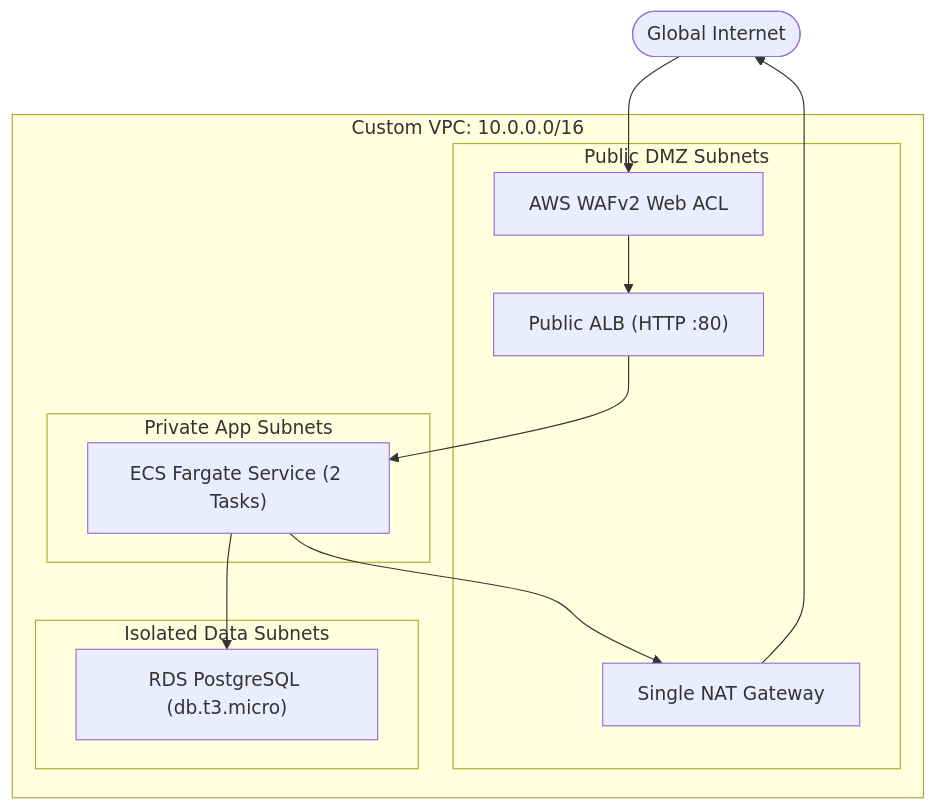
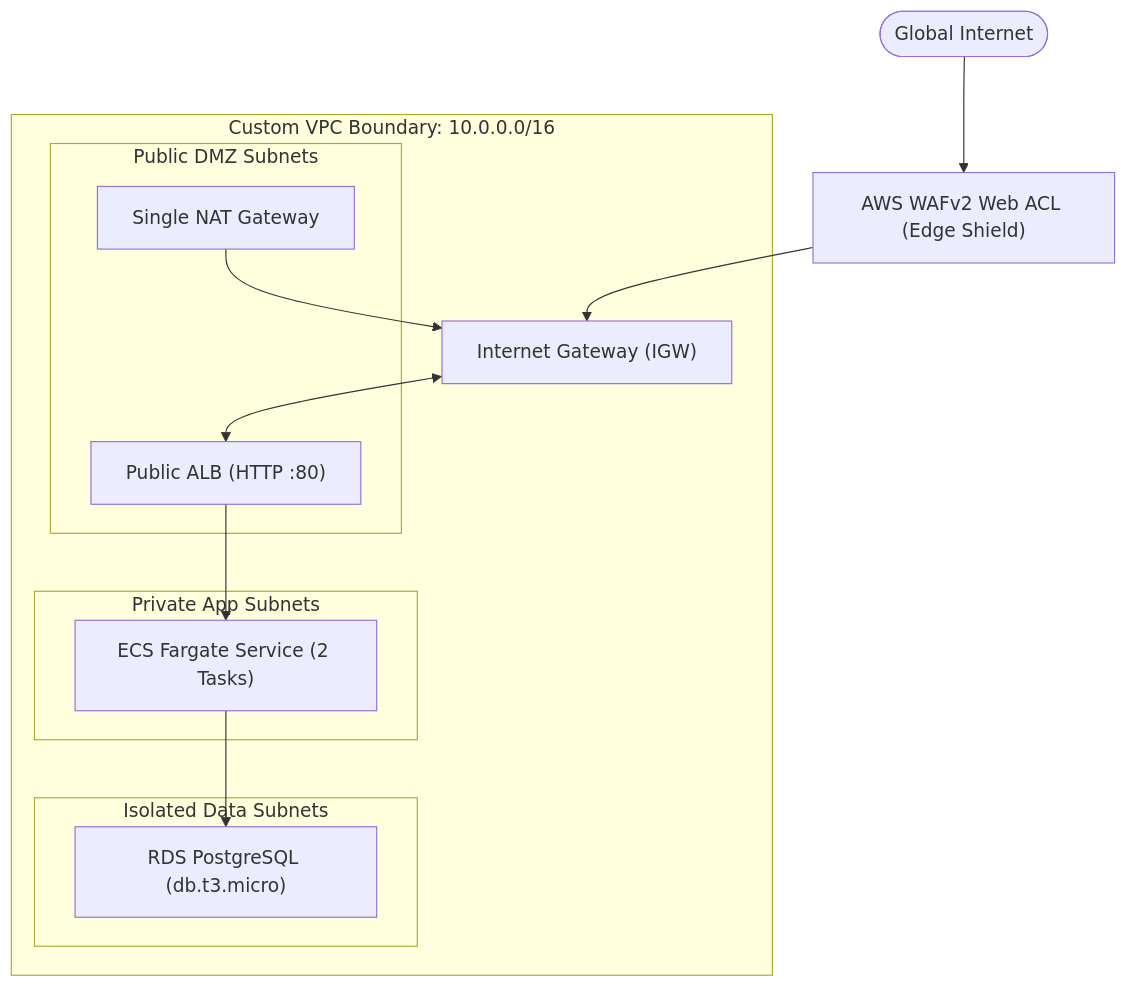
The diagram in README.md (charishmanm24/AWS-Project), drawn with Mermaid before and after one commit. The commit also changed other lines of this file, not shown here.

Commit message:
Revise architecture section in README.md
Updated architecture diagram and clarified VPC module details.

````diff
--- a/README.md
+++ b/README.md
@@ -21,22 +19,23 @@
 ```mermaid
 flowchart TD
-    Internet([Global Internet]) --> WAF
+    Internet([Global Internet]) --> WAF["AWS WAFv2 Web ACL (Edge Shield)"]
+    WAF --> IGW["Internet Gateway (IGW)"]
     
-    subgraph VPC [Custom VPC: 10.0.0.0/16]
+    subgraph VPC [Custom VPC Boundary: 10.0.0.0/16]
+        IGW <--> ALB
+        NAT --> IGW
+        
         subgraph DMZ [Public DMZ Subnets]
-            WAF["AWS WAFv2 Web ACL"] --> ALB["Public ALB (HTTP :80)"]
+            ALB["Public ALB (HTTP :80)"]
             NAT["Single NAT Gateway"]
         end
 
         subgraph Private [Private App Subnets]
             ALB --> ECS["ECS Fargate Service (2 Tasks)"]
         end
 
         subgraph Data [Isolated Data Subnets]
             ECS --> DB["RDS PostgreSQL (db.t3.micro)"]
         end
     end
-
-    ECS --> NAT
-    NAT --> Internet
 ```
````
